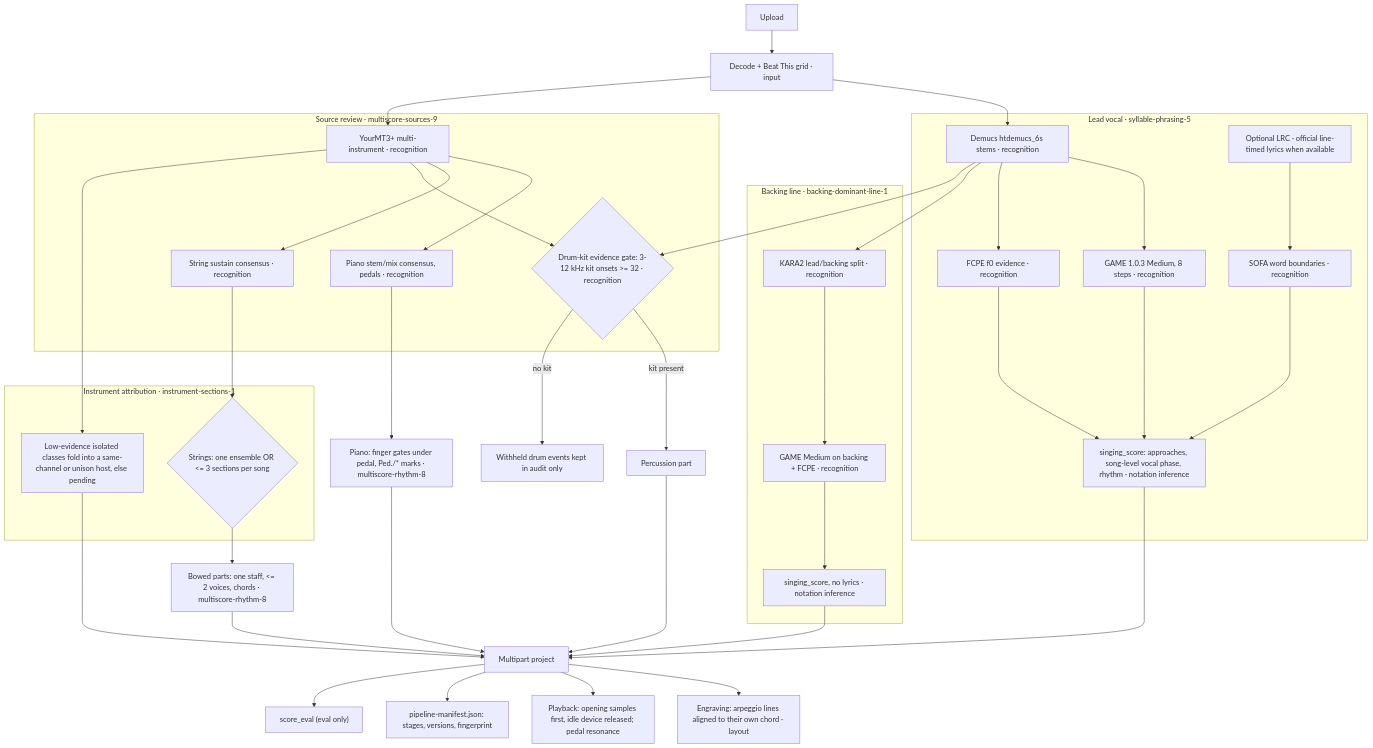
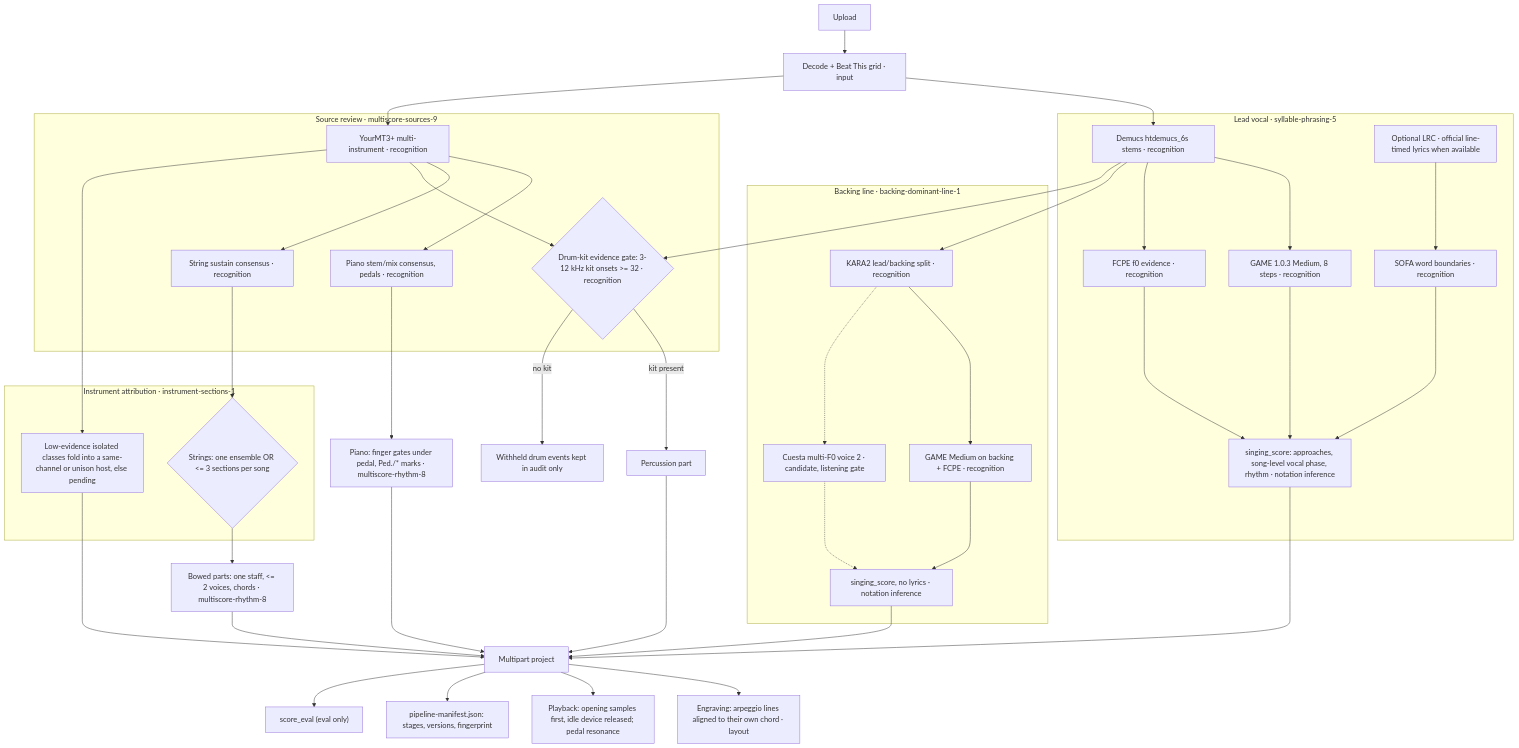
The sixth of 6 diagrams in docs/PIPELINE.md (zzzhhn/coro-workbench), drawn with Mermaid before and after one commit. The commit also changed other lines of this file, not shown here.

Commit message:
docs(pipeline): LRC baseline, rejected vocal rules, backing second-layer candidate with diagram

````diff
--- a/docs/PIPELINE.md
+++ b/docs/PIPELINE.md
@@ -322,48 +356,50 @@
 ```mermaid
 flowchart TD
   A[Upload] --> B[Decode + Beat This grid · input]
   B --> SEP[Demucs htdemucs_6s stems · recognition]
   B --> MT[YourMT3+ multi-instrument · recognition]
 
   subgraph Vocal["Lead vocal · syllable-phrasing-5"]
     SEP --> GE[GAME 1.0.3 Medium, 8 steps · recognition]
     SEP --> FC[FCPE f0 evidence · recognition]
     LRC[Optional LRC · official line-timed lyrics when available] --> SOFA[SOFA word boundaries · recognition]
     GE --> SS[singing_score: approaches, song-level vocal phase, rhythm · notation inference]
     FC --> SS
     SOFA --> SS
   end
 
   subgraph Backing["Backing line · backing-dominant-line-1"]
     SEP --> K[KARA2 lead/backing split · recognition]
     K --> BG[GAME Medium on backing + FCPE · recognition]
     BG --> BS[singing_score, no lyrics · notation inference]
+    K -.-> CU[Cuesta multi-F0 voice 2 · candidate, listening gate]
+    CU -.-> BS
   end
 
   subgraph Sources["Source review · multiscore-sources-9"]
     MT --> PC[Piano stem/mix consensus, pedals · recognition]
     MT --> STR[String sustain consensus · recognition]
     SEP --> DK{Drum-kit evidence gate: 3-12 kHz kit onsets >= 32 · recognition}
     MT --> DK
   end
 
   subgraph Attribution["Instrument attribution · instrument-sections-1"]
     STR --> SW{Strings: one ensemble OR <= 3 sections per song}
     MT --> LOW[Low-evidence isolated classes fold into a same-channel or unison host, else pending]
   end
 
   PC --> PR[Piano: finger gates under pedal, Ped./* marks · multiscore-rhythm-8]
   SW --> SR[Bowed parts: one staff, <= 2 voices, chords · multiscore-rhythm-8]
   DK -->|kit present| DR[Percussion part]
   DK -->|no kit| WH[Withheld drum events kept in audit only]
   SS --> PRJ[Multipart project]
   BS --> PRJ
   PR --> PRJ
   SR --> PRJ
   LOW --> PRJ
   DR --> PRJ
   PRJ --> ENG[Engraving: arpeggio lines aligned to their own chord · layout]
   PRJ --> AUD[Playback: opening samples first, idle device released; pedal resonance]
   PRJ --> MAN[pipeline-manifest.json: stages, versions, fingerprint]
   PRJ --> EV["score_eval (eval only)"]
 ```
````
